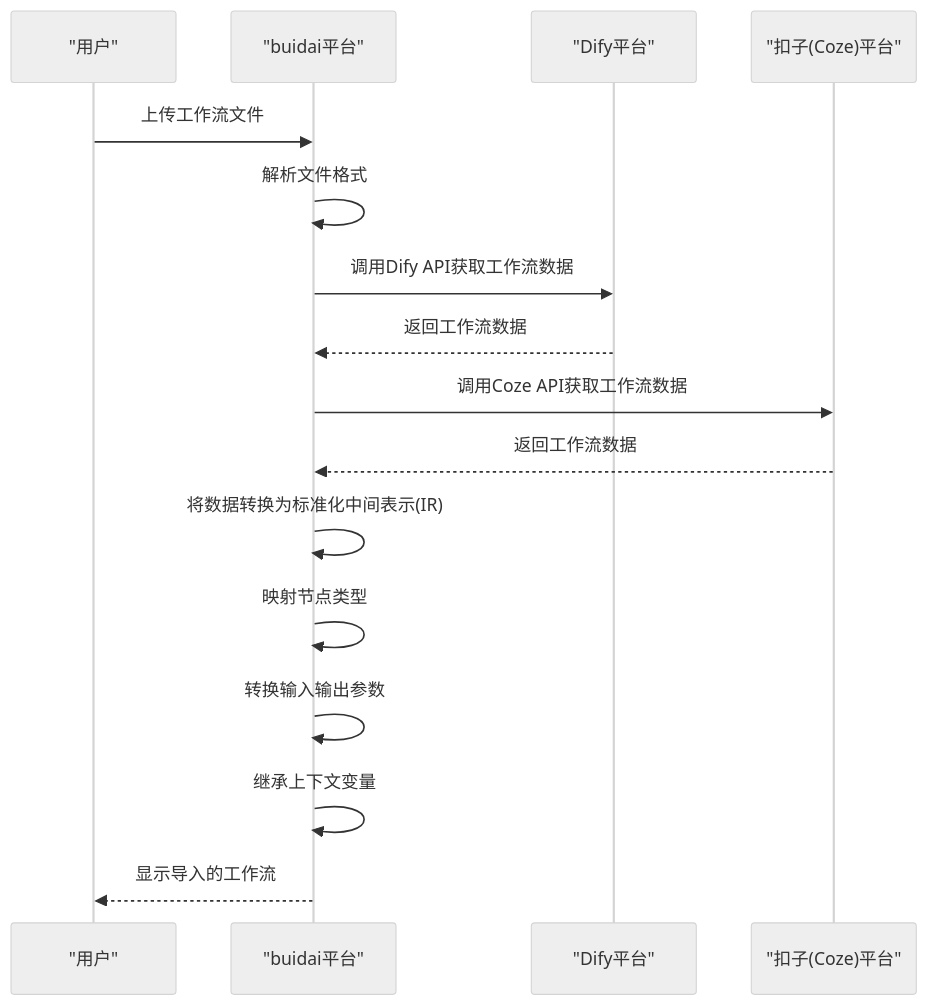
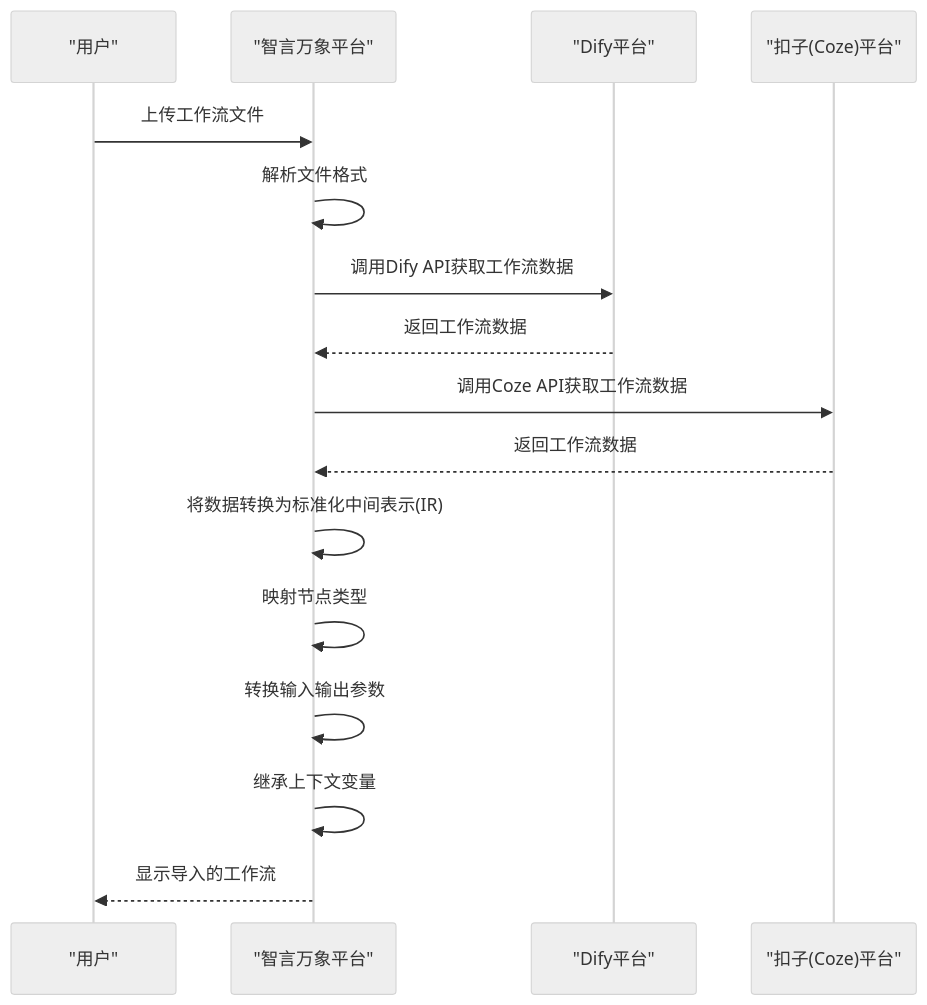
Before and after one commit to lllyyysss77/buidai: the fourth of 6 diagrams in .qoder/repowiki/zh/content/核心功能/行业场景解决方案/Dify与扣子工作流导入/节点与参数映射.md, drawn with Mermaid (neutral theme). The commit also changed other lines of this file and 163 other files, not shown here.

````diff
--- a/.qoder/repowiki/zh/content/核心功能/行业场景解决方案/Dify与扣子工作流导入/节点与参数映射.md
+++ b/.qoder/repowiki/zh/content/核心功能/行业场景解决方案/Dify与扣子工作流导入/节点与参数映射.md
@@ -142,18 +142,18 @@
 ```mermaid
 sequenceDiagram
 participant User as "用户"
-participant Platform as "buidai平台"
+participant Platform as "智言万象平台"
 participant Dify as "Dify平台"
 participant Coze as "扣子(Coze)平台"
 User->>Platform : 上传工作流文件
 Platform->>Platform : 解析文件格式
 Platform->>Dify : 调用Dify API获取工作流数据
 Dify-->>Platform : 返回工作流数据
 Platform->>Coze : 调用Coze API获取工作流数据
 Coze-->>Platform : 返回工作流数据
 Platform->>Platform : 将数据转换为标准化中间表示(IR)
 Platform->>Platform : 映射节点类型
 Platform->>Platform : 转换输入输出参数
 Platform->>Platform : 继承上下文变量
 Platform-->>User : 显示导入的工作流
 ```
````
